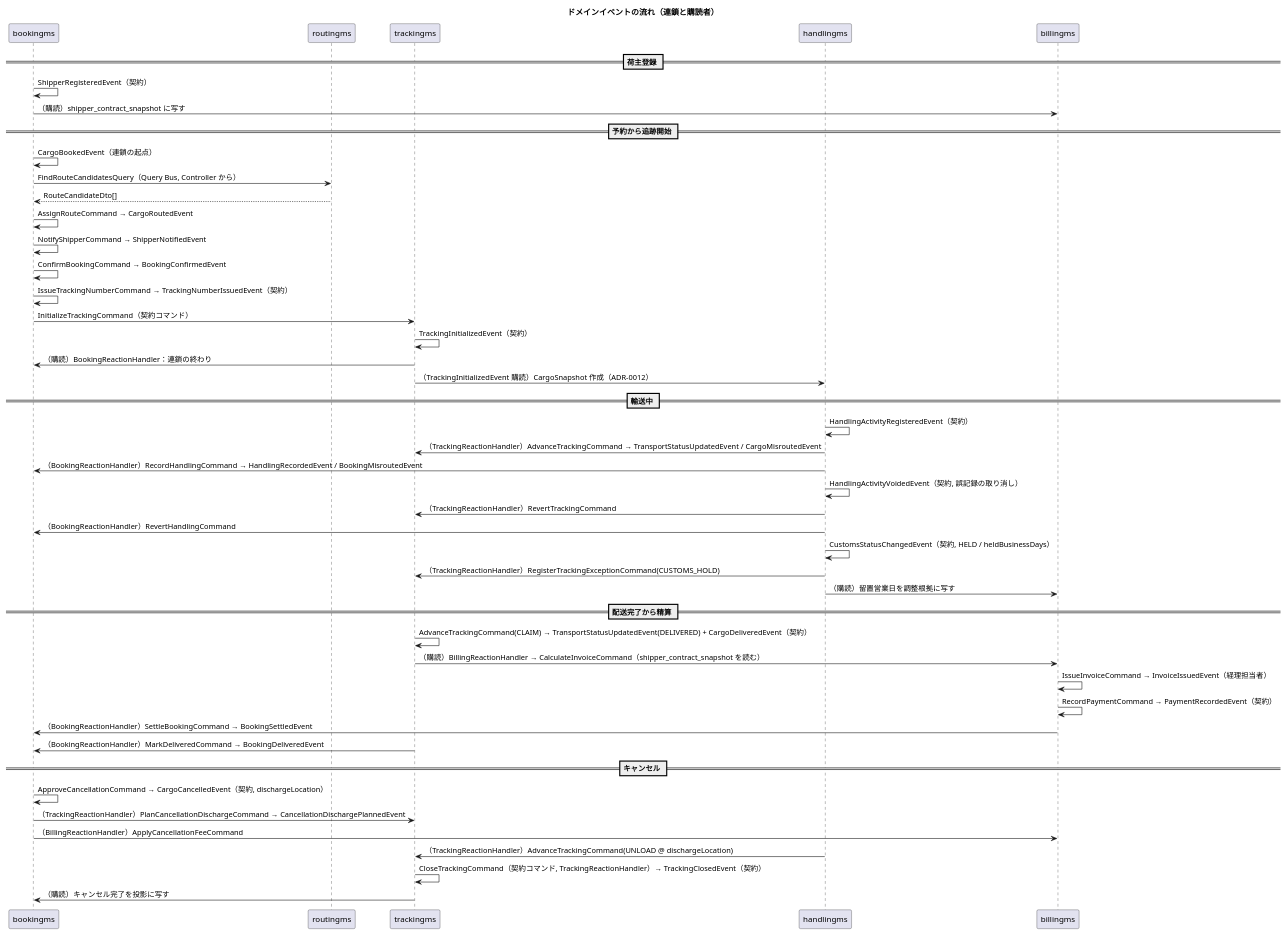
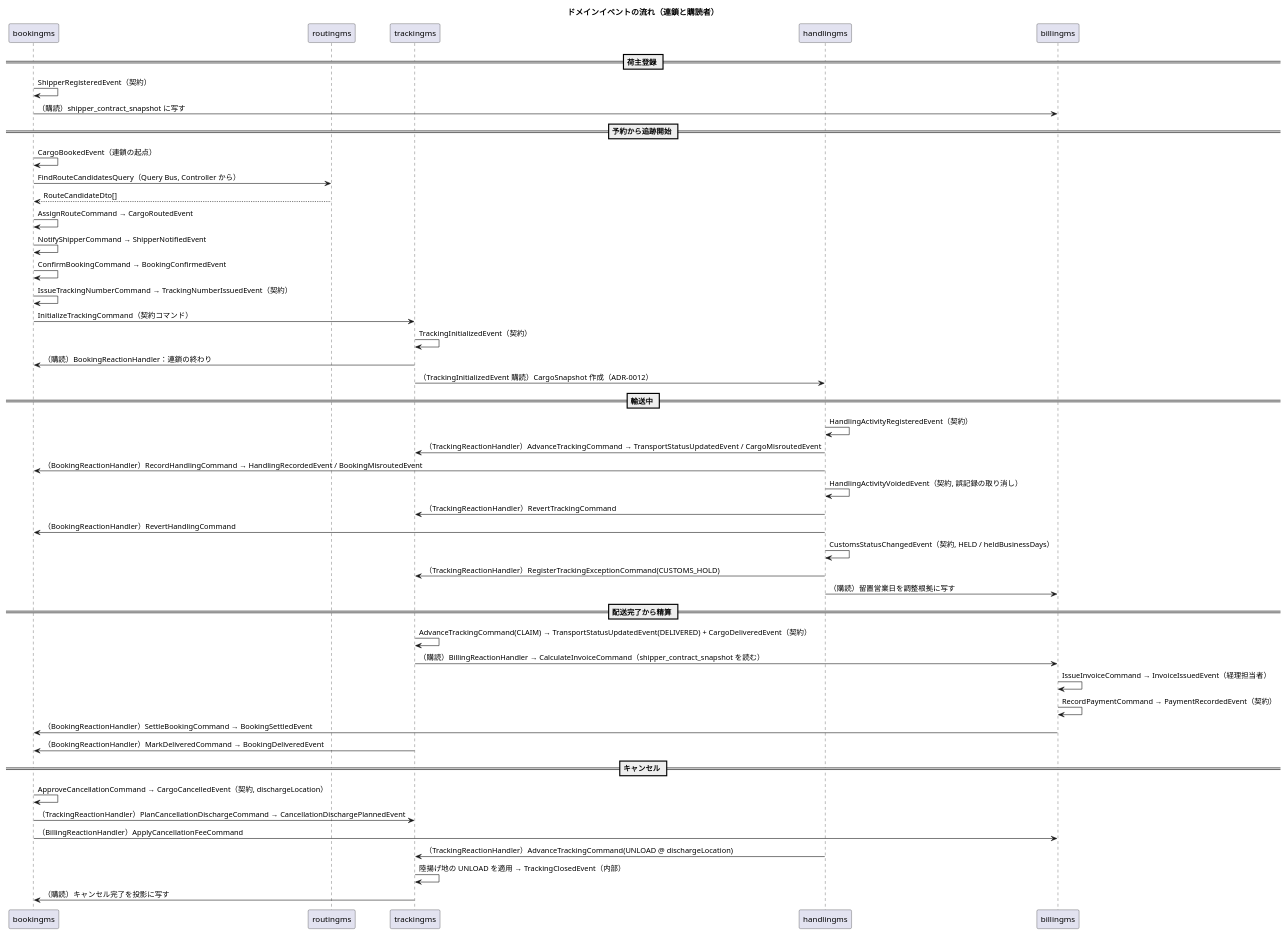
Before and after one commit to k2works/case-study-cargo-tracker: diagram 12 of 13 in docs/design/cargo-tracker/domain-model.md, drawn with PlantUML. The commit also changed other lines of this file and 6 other files, not shown here.

````diff
--- a/docs/design/cargo-tracker/domain-model.md
+++ b/docs/design/cargo-tracker/domain-model.md
@@ -1340,55 +1341,55 @@
 ```plantuml
 @startuml
 title ドメインイベントの流れ（連鎖と購読者）
 
 participant "bookingms" as B
 participant "routingms" as R
 participant "trackingms" as T
 participant "handlingms" as H
 participant "billingms" as Bi
 
 == 荷主登録 ==
 B -> B : ShipperRegisteredEvent（契約）
 B -> Bi : （購読）shipper_contract_snapshot に写す
 
 == 予約から追跡開始 ==
 B -> B : CargoBookedEvent（連鎖の起点）
 B -> R : FindRouteCandidatesQuery（Query Bus, Controller から）
 R --> B : RouteCandidateDto[]
 B -> B : AssignRouteCommand → CargoRoutedEvent
 B -> B : NotifyShipperCommand → ShipperNotifiedEvent
 B -> B : ConfirmBookingCommand → BookingConfirmedEvent
 B -> B : IssueTrackingNumberCommand → TrackingNumberIssuedEvent（契約）
 B -> T : InitializeTrackingCommand（契約コマンド）
 T -> T : TrackingInitializedEvent（契約）
 T -> B : （購読）BookingReactionHandler：連鎖の終わり
 T -> H : （TrackingInitializedEvent 購読）CargoSnapshot 作成（ADR-0012）
 
 == 輸送中 ==
 H -> H : HandlingActivityRegisteredEvent（契約）
 H -> T : （TrackingReactionHandler）AdvanceTrackingCommand → TransportStatusUpdatedEvent / CargoMisroutedEvent
 H -> B : （BookingReactionHandler）RecordHandlingCommand → HandlingRecordedEvent / BookingMisroutedEvent
 H -> H : HandlingActivityVoidedEvent（契約, 誤記録の取り消し）
 H -> T : （TrackingReactionHandler）RevertTrackingCommand
 H -> B : （BookingReactionHandler）RevertHandlingCommand
 H -> H : CustomsStatusChangedEvent（契約, HELD / heldBusinessDays）
 H -> T : （TrackingReactionHandler）RegisterTrackingExceptionCommand(CUSTOMS_HOLD)
 H -> Bi : （購読）留置営業日を調整根拠に写す
 
 == 配送完了から精算 ==
 T -> T : AdvanceTrackingCommand(CLAIM) → TransportStatusUpdatedEvent(DELIVERED) + CargoDeliveredEvent（契約）
 T -> Bi : （購読）BillingReactionHandler → CalculateInvoiceCommand（shipper_contract_snapshot を読む）
 Bi -> Bi : IssueInvoiceCommand → InvoiceIssuedEvent（経理担当者）
 Bi -> Bi : RecordPaymentCommand → PaymentRecordedEvent（契約）
 Bi -> B : （BookingReactionHandler）SettleBookingCommand → BookingSettledEvent
 T -> B : （BookingReactionHandler）MarkDeliveredCommand → BookingDeliveredEvent
 
 == キャンセル ==
 B -> B : ApproveCancellationCommand → CargoCancelledEvent（契約, dischargeLocation）
 B -> T : （TrackingReactionHandler）PlanCancellationDischargeCommand → CancellationDischargePlannedEvent
 B -> Bi : （BillingReactionHandler）ApplyCancellationFeeCommand
 H -> T : （TrackingReactionHandler）AdvanceTrackingCommand(UNLOAD @ dischargeLocation)
-T -> T : CloseTrackingCommand（契約コマンド, TrackingReactionHandler）→ TrackingClosedEvent（契約）
+T -> T : 陸揚げ地の UNLOAD を適用 → TrackingClosedEvent（内部）
 T -> B : （購読）キャンセル完了を投影に写す
 @enduml
 ```
````
